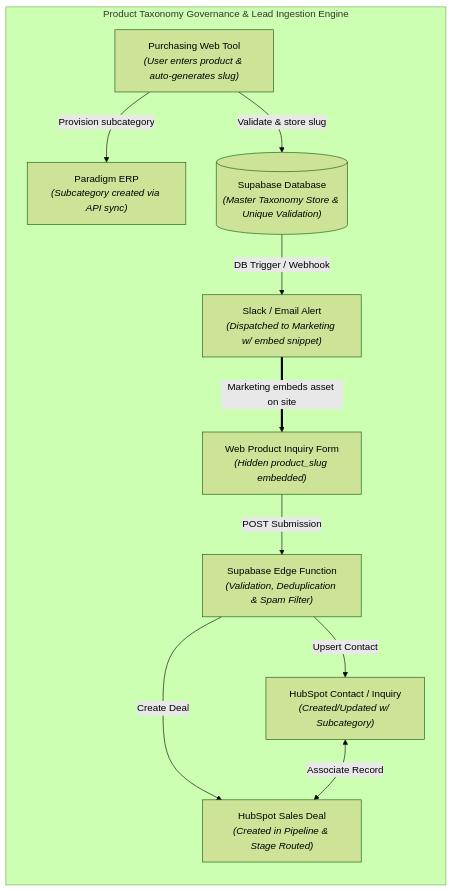
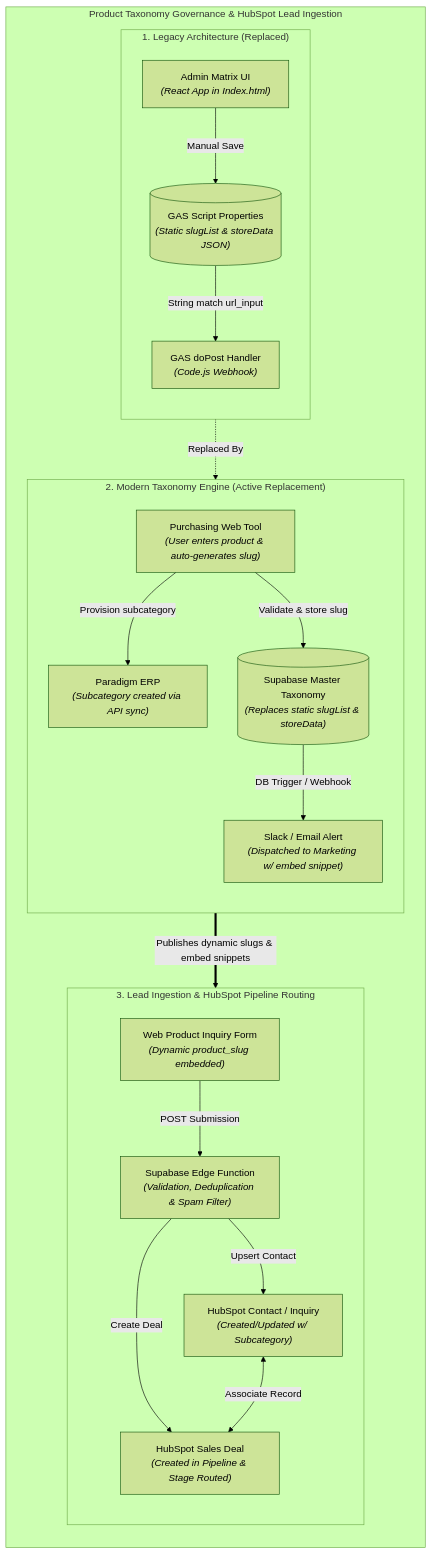
Before and after one commit to BestBuyMetalsDev01/Product-Slug-Manager: the diagram in README.md, drawn with Mermaid (forest theme). The commit also changed other lines of this file and 5 other files, not shown here.

Commit message:
Pull Apps Script via clasp, map slug list replacement in flowchart, and update README

````diff
--- a/README.md
+++ b/README.md
@@ -22,30 +23,41 @@
 ```mermaid
 flowchart TD
-    subgraph Engine ["Product Taxonomy Governance & Lead Ingestion Engine"]
+    subgraph Architecture ["Product Taxonomy Governance & HubSpot Lead Ingestion"]
         direction TB
 
-        %% Phase 1: Taxonomy Governance
-        A["Purchasing Web Tool<br/><i>(User enters product & auto-generates slug)</i>"]
-        B["Paradigm ERP<br/><i>(Subcategory created via API sync)</i>"]
-        C[("Supabase Database<br/><i>(Master Taxonomy Store & Unique Validation)</i>")]
-        D["Slack / Email Alert<br/><i>(Dispatched to Marketing w/ embed snippet)</i>"]
+        subgraph Legacy ["1. Legacy Architecture (Replaced)"]
+            direction TB
+            L1["Admin Matrix UI<br/><i>(React App in Index.html)</i>"] -->|Manual Save| L2[("GAS Script Properties<br/><i>(Static slugList & storeData JSON)</i>")]
+            L2 -->|String match url_input| L3["GAS doPost Handler<br/><i>(Code.js Webhook)</i>"]
+        end
 
-        A -->|Provision subcategory| B
-        A -->|Validate & store slug| C
-        C -->|DB Trigger / Webhook| D
+        subgraph Modern ["2. Modern Taxonomy Engine (Active Replacement)"]
+            direction TB
+            A["Purchasing Web Tool<br/><i>(User enters product & auto-generates slug)</i>"]
+            B["Paradigm ERP<br/><i>(Subcategory created via API sync)</i>"]
+            C[("Supabase Master Taxonomy<br/><i>(Replaces static slugList & storeData)</i>")]
+            D["Slack / Email Alert<br/><i>(Dispatched to Marketing w/ embed snippet)</i>"]
 
-        %% Bridge
-        D ==>|Marketing embeds asset on site| E
+            A -->|Provision subcategory| B
+            A -->|Validate & store slug| C
+            C -->|DB Trigger / Webhook| D
+        end
 
-        %% Phase 2: Inquiry Ingestion & CRM Routing
-        E["Web Product Inquiry Form<br/><i>(Hidden product_slug embedded)</i>"]
-        F["Supabase Edge Function<br/><i>(Validation, Deduplication & Spam Filter)</i>"]
-        G["HubSpot Contact / Inquiry<br/><i>(Created/Updated w/ Subcategory)</i>"]
-        H["HubSpot Sales Deal<br/><i>(Created in Pipeline & Stage Routed)</i>"]
+        Legacy -.->|Replaced By| Modern
 
-        E -->|POST Submission| F
-        F -->|Upsert Contact| G
-        F -->|Create Deal| H
-        G <-->|Associate Record| H
+        subgraph Ingestion ["3. Lead Ingestion & HubSpot Pipeline Routing"]
+            direction TB
+            E["Web Product Inquiry Form<br/><i>(Dynamic product_slug embedded)</i>"]
+            F["Supabase Edge Function<br/><i>(Validation, Deduplication & Spam Filter)</i>"]
+            G["HubSpot Contact / Inquiry<br/><i>(Created/Updated w/ Subcategory)</i>"]
+            H["HubSpot Sales Deal<br/><i>(Created in Pipeline & Stage Routed)</i>"]
+
+            E -->|POST Submission| F
+            F -->|Upsert Contact| G
+            F -->|Create Deal| H
+            G <-->|Associate Record| H
+        end
+
+        Modern ==>|Publishes dynamic slugs & embed snippets| Ingestion
     end
 ```
````
